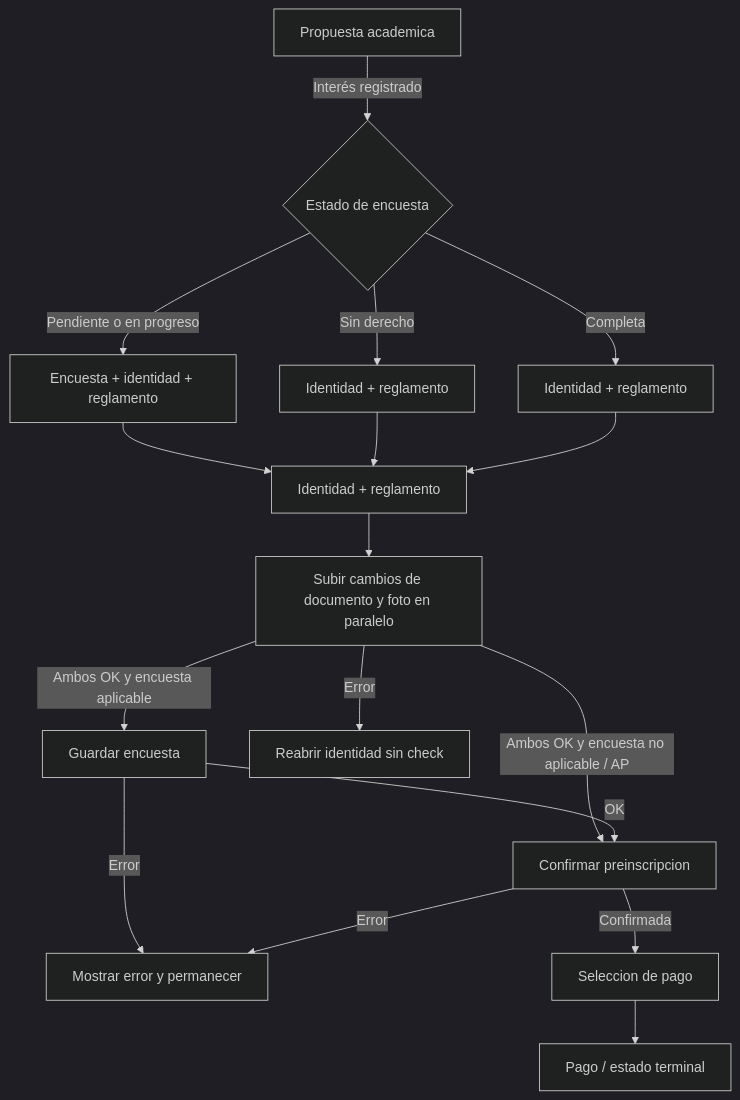
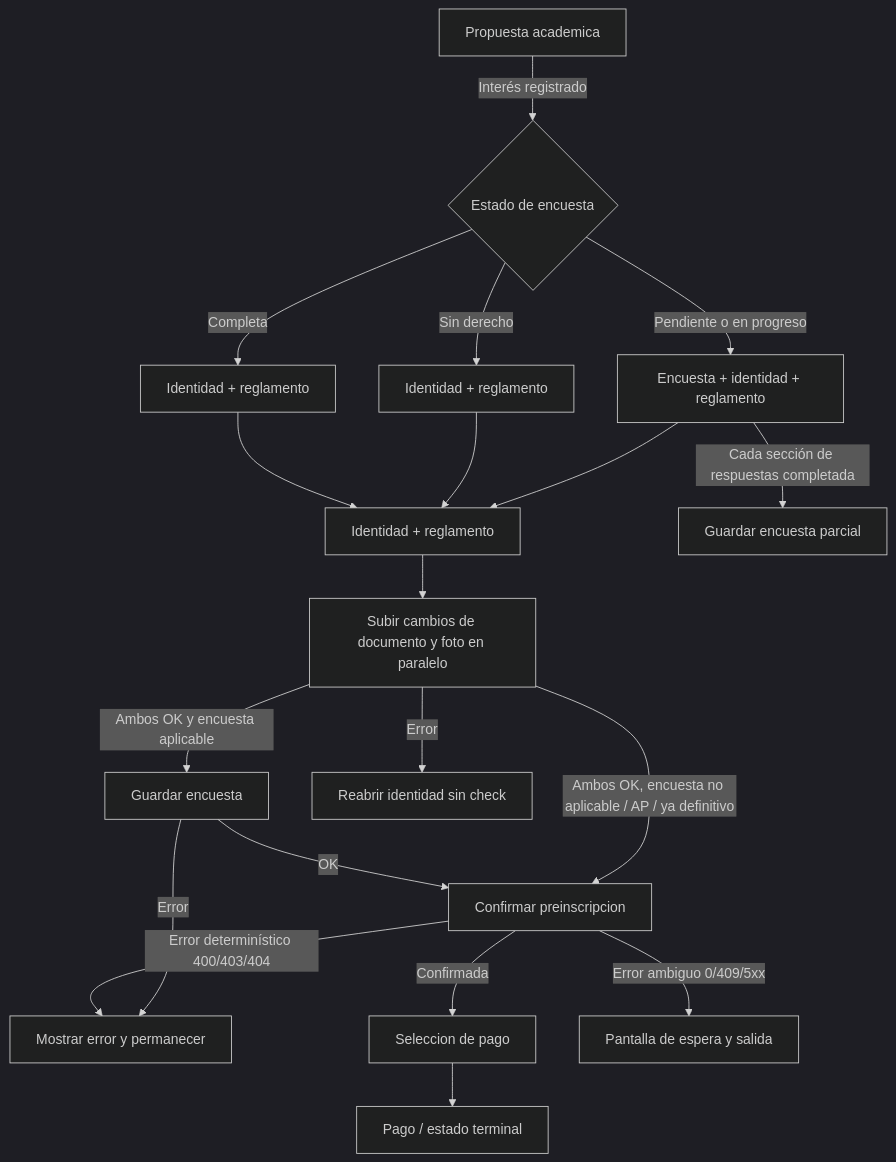
The first of 2 diagrams in docs/flujos/inscripciones.md (DesarrolloORT/admisiones-mono), drawn with Mermaid (dark theme) before and after one commit. The commit also changed other lines of this file and 5 other files, not shown here.

First line of the commit message:
feat(enrollments): autoguardado incremental de encuesta y pantalla de espera ante confirmacion ambigua

````diff
--- a/docs/flujos/inscripciones.md
+++ b/docs/flujos/inscripciones.md
@@ -79,19 +79,21 @@
 ```mermaid
 flowchart TD
   A[Propuesta academica] -->|Interés registrado| B{Estado de encuesta}
   B -->|Pendiente o en progreso| C[Encuesta + identidad + reglamento]
   B -->|Sin derecho| D[Identidad + reglamento]
   B -->|Completa| E[Identidad + reglamento]
   C --> F[Identidad + reglamento]
   D --> F
   E --> F
+  C -->|Cada sección de respuestas completada| N[Guardar encuesta parcial]
   F --> G[Subir cambios de documento y foto en paralelo]
   G -->|Ambos OK y encuesta aplicable| H[Guardar encuesta]
-  G -->|Ambos OK y encuesta no aplicable / AP| I
+  G -->|Ambos OK, encuesta no aplicable / AP / ya definitivo| I
   G -->|Error| M[Reabrir identidad sin check]
   H -->|OK| I[Confirmar preinscripcion]
   H -->|Error| K[Mostrar error y permanecer]
   I -->|Confirmada| J[Seleccion de pago]
-  I -->|Error| K[Mostrar error y permanecer]
+  I -->|Error determinístico 400/403/404| K[Mostrar error y permanecer]
+  I -->|Error ambiguo 0/409/5xx| O[Pantalla de espera y salida]
   J --> L[Pago / estado terminal]
 ```
````
